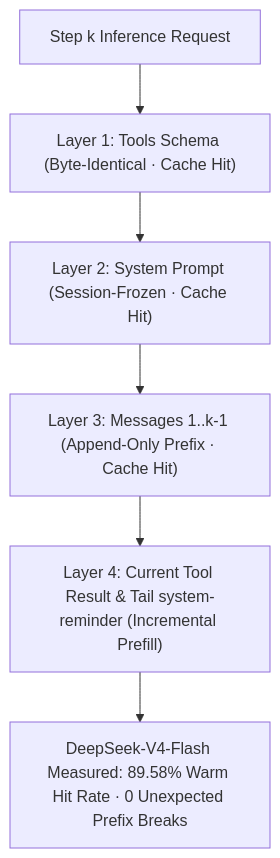
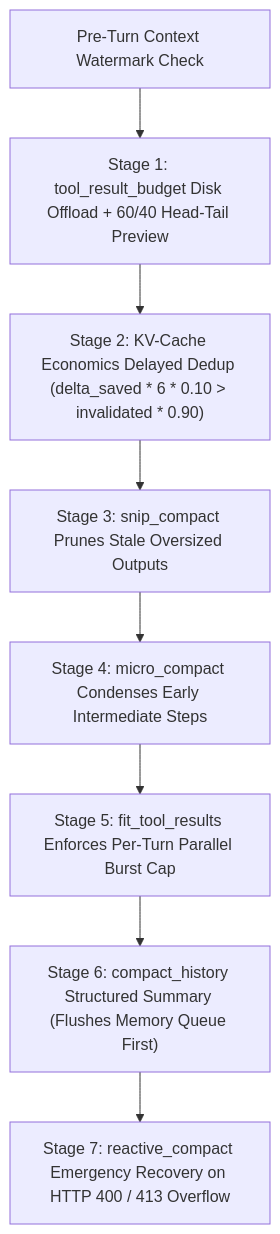
Before and after one commit to HelmAgent/Helm_website: the second of 3 diagrams in docs/en/architecture/memory-and-rag.md, drawn with Mermaid. The commit also changed other lines of this file and 57 other files, not shown here.

Commit message:
docs(architecture): add detailed documentation for the 5-Tier Permission Sandbox, Zero-RTT Intent Engine, and Open Ecosystem; include core modules, empirical evidence, and interactive permission modes for enhanced clarity and functionality

````diff
--- a/docs/en/architecture/memory-and-rag.md
+++ b/docs/en/architecture/memory-and-rag.md
@@ -75,8 +42,10 @@
 ```mermaid
 flowchart TD
-  Req["Step k Inference Request"] --> T1["Layer 1: Tools Schema (Byte-Identical · Cache Hit)"]
-  T1 --> T2["Layer 2: System Prompt (Session-Frozen · Cache Hit)"]
-  T2 --> T3["Layer 3: Messages 1..k-1 (Append-Only Prefix · Cache Hit)"]
-  T3 --> T4["Layer 4: Current Tool Result & Tail system-reminder (Incremental Prefill)"]
-  T4 --> Hit["DeepSeek-V4-Flash Measured: 89.58% Warm Hit Rate · 0 Unexpected Prefix Breaks"]
+  Input["Pre-Turn Context Watermark Check"] --> S1["Stage 1: tool_result_budget Disk Offload + 60/40 Head-Tail Preview"]
+  S1 --> S2["Stage 2: KV-Cache Economics Delayed Dedup (delta_saved * 6 * 0.10 > invalidated * 0.90)"]
+  S2 --> S3["Stage 3: snip_compact Prunes Stale Oversized Outputs"]
+  S3 --> S4["Stage 4: micro_compact Condenses Early Intermediate Steps"]
+  S4 --> S5["Stage 5: fit_tool_results Enforces Per-Turn Parallel Burst Cap"]
+  S5 --> S6["Stage 6: compact_history Structured Summary (Flushes Memory Queue First)"]
+  S6 --> S7["Stage 7: reactive_compact Emergency Recovery on HTTP 400 / 413 Overflow"]
 ```
````
